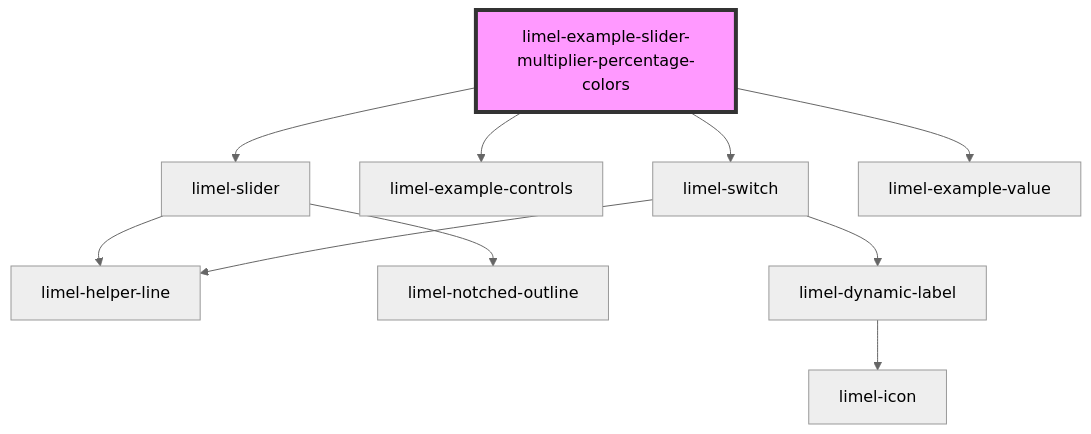
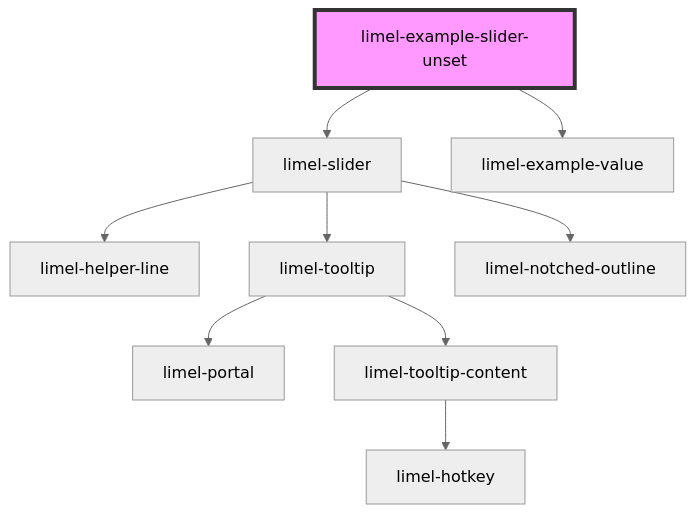
Before and after one commit to Lundalogik/lime-elements: the diagram in versions/PR-3990/markdown-docs/components/slider/examples/readme.md, drawn with Mermaid (neutral theme). The commit also changed other lines of this file and 1095 other files, not shown here.

````diff
--- a/versions/PR-3990/markdown-docs/components/slider/examples/readme.md
+++ b/versions/PR-3990/markdown-docs/components/slider/examples/readme.md
@@ -25,13 +34,12 @@
 ```mermaid
 graph TD;
-  limel-example-slider-multiplier-percentage-colors --> limel-slider
-  limel-example-slider-multiplier-percentage-colors --> limel-example-controls
-  limel-example-slider-multiplier-percentage-colors --> limel-switch
-  limel-example-slider-multiplier-percentage-colors --> limel-example-value
+  limel-example-slider-unset --> limel-slider
+  limel-example-slider-unset --> limel-example-value
   limel-slider --> limel-helper-line
+  limel-slider --> limel-tooltip
   limel-slider --> limel-notched-outline
-  limel-switch --> limel-dynamic-label
-  limel-switch --> limel-helper-line
-  limel-dynamic-label --> limel-icon
-  style limel-example-slider-multiplier-percentage-colors fill:#f9f,stroke:#333,stroke-width:4px
+  limel-tooltip --> limel-portal
+  limel-tooltip --> limel-tooltip-content
+  limel-tooltip-content --> limel-hotkey
+  style limel-example-slider-unset fill:#f9f,stroke:#333,stroke-width:4px
 ```
````
